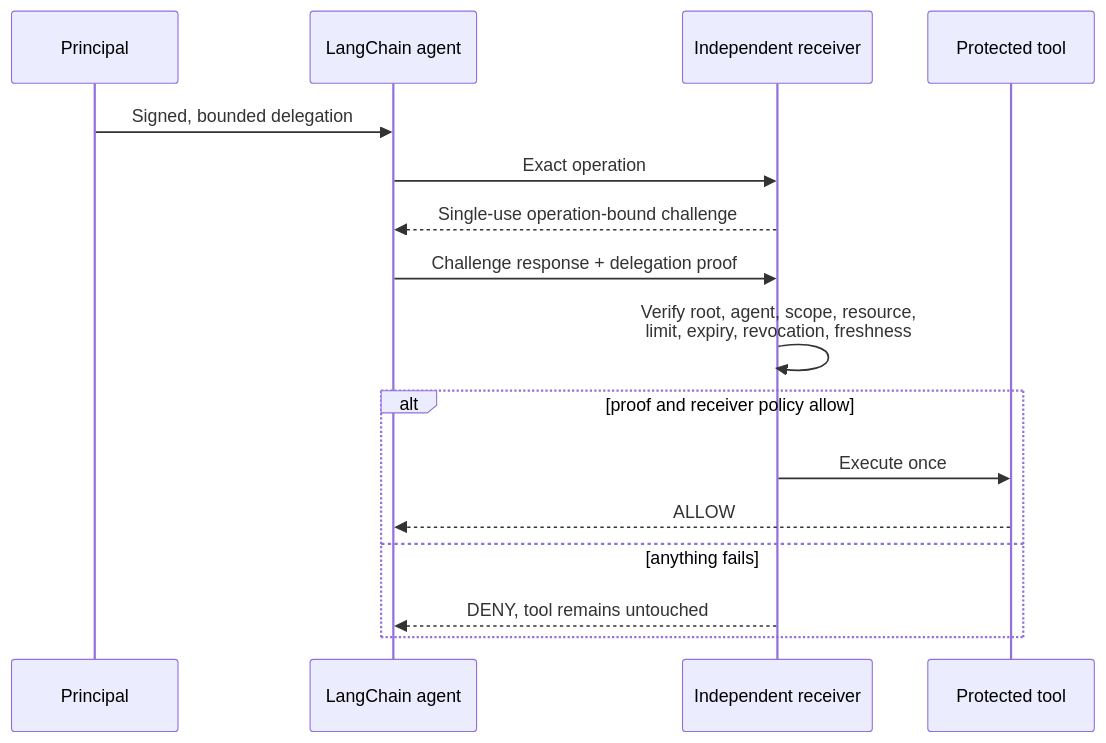
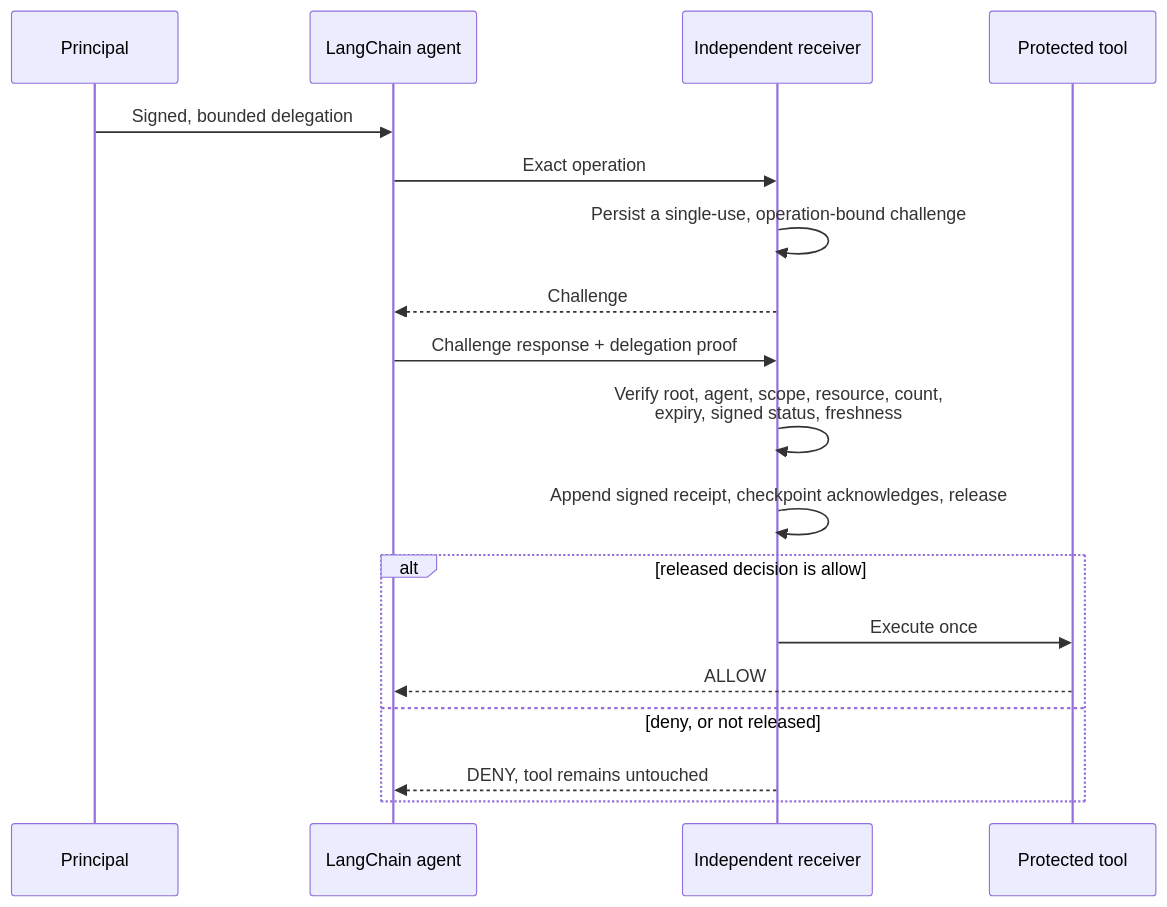
One commit to identities-ai/ratify-protocol changed the second of 2 diagrams in references/langchain/README.md. Above: the diagram before and after it, drawn with Mermaid. The commit also changed other lines of this file and 876 other files, not shown here.

````diff
--- a/references/langchain/README.md
+++ b/references/langchain/README.md
@@ -97,18 +109,20 @@
 ```mermaid
 sequenceDiagram
     participant P as Principal
     participant A as LangChain agent
     participant R as Independent receiver
     participant T as Protected tool
     P->>A: Signed, bounded delegation
     A->>R: Exact operation
-    R-->>A: Single-use operation-bound challenge
+    R->>R: Persist a single-use, operation-bound challenge
+    R-->>A: Challenge
     A->>R: Challenge response + delegation proof
-    R->>R: Verify root, agent, scope, resource,<br/>limit, expiry, revocation, freshness
-    alt proof and receiver policy allow
+    R->>R: Verify root, agent, scope, resource, count,<br/>expiry, signed status, freshness
+    R->>R: Append signed receipt, checkpoint acknowledges, release
+    alt released decision is allow
         R->>T: Execute once
         T-->>A: ALLOW
-    else anything fails
+    else deny, or not released
         R-->>A: DENY, tool remains untouched
     end
 ```
````
